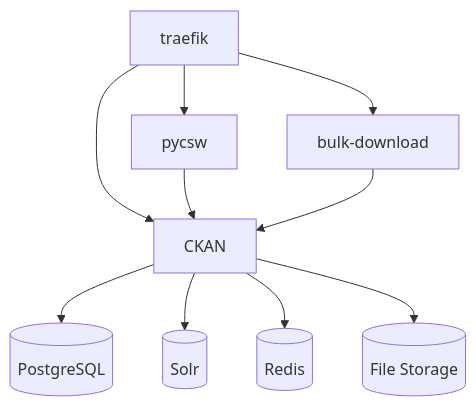
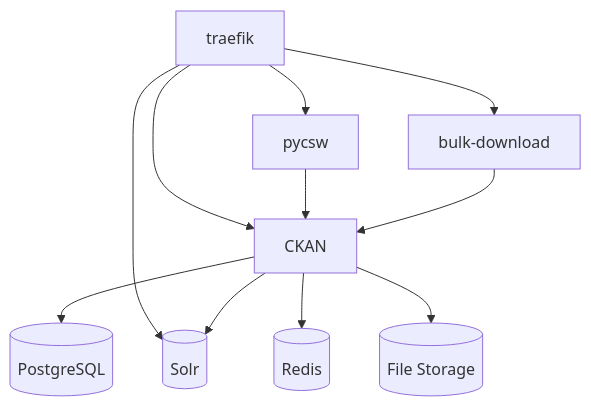
One commit to COATnor/datacatalog changed the diagram in README.md. Above: the diagram before and after it, drawn with Mermaid. The commit also changed other lines of this file and 1 other file, not shown here.

````diff
--- a/README.md
+++ b/README.md
@@ -24,14 +24,15 @@
 ```mermaid
 flowchart TB
     traefik["traefik"] --> ckan["CKAN"]
     traefik --> pycsw["pycsw"]
     traefik --> bulk["bulk-download"]
+    traefik --> solr[("Solr")]
 
     pycsw --> ckan
     bulk --> ckan
 
     ckan --> db[("PostgreSQL")]
-    ckan --> solr[("Solr")]
+    ckan --> solr
     ckan --> redis[("Redis")]
     ckan --> storage[("File Storage")]
 ```
````
